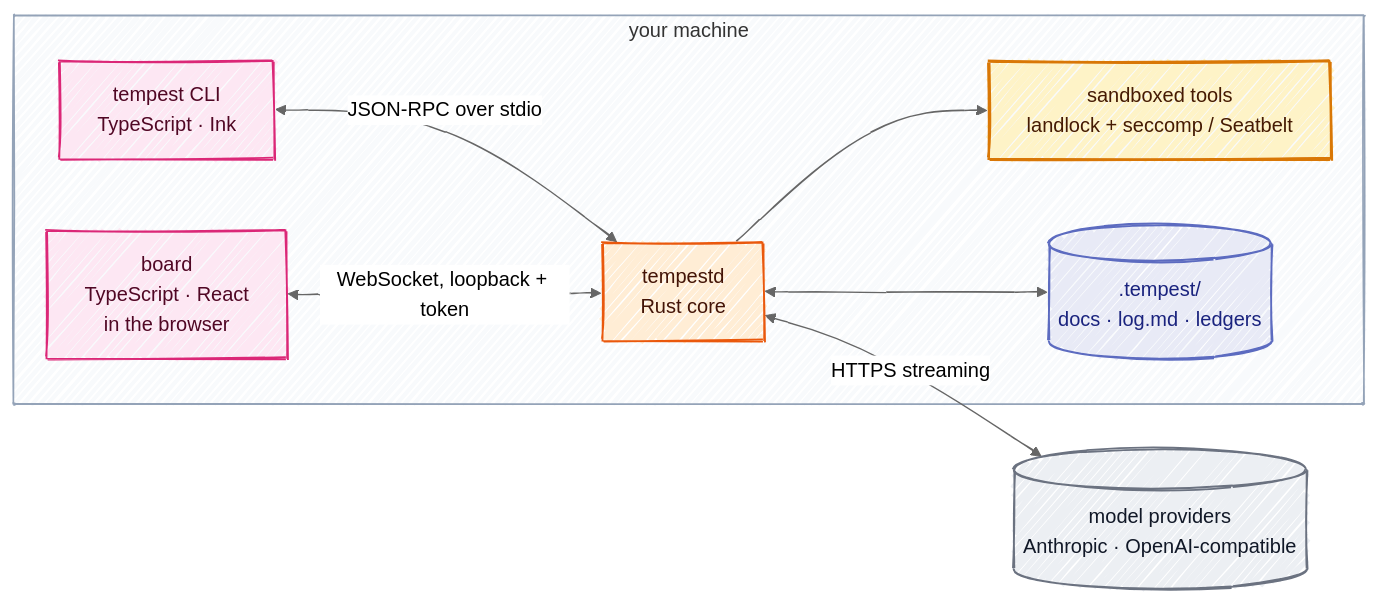
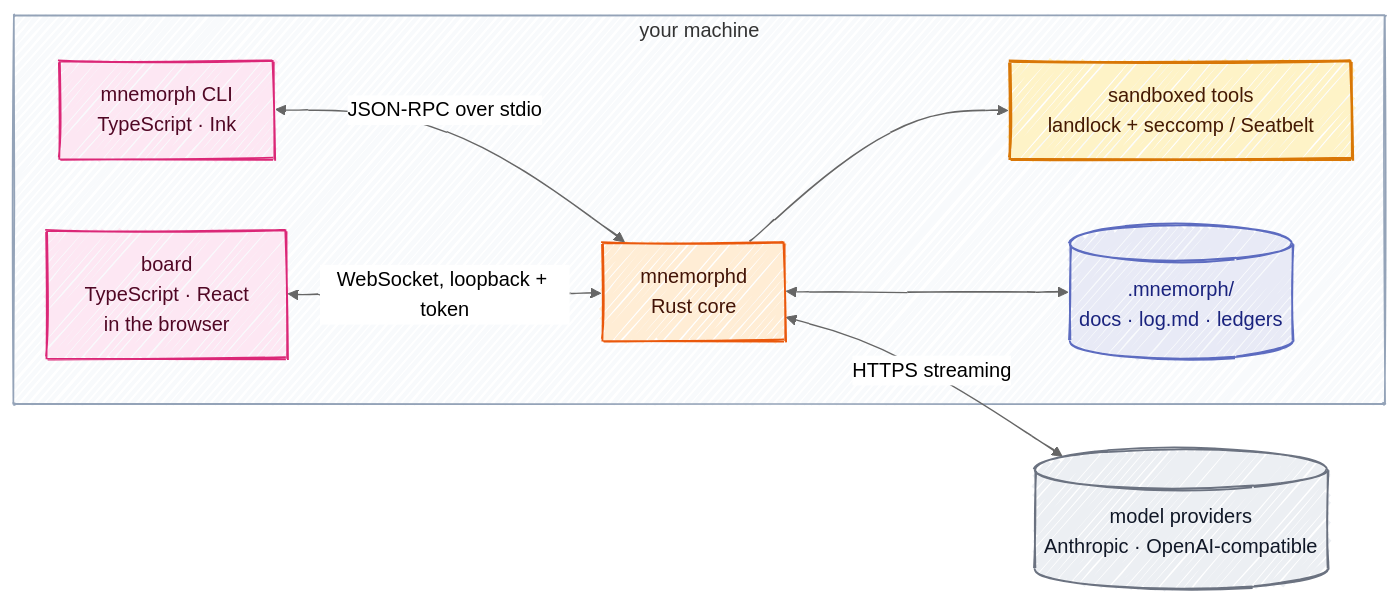
The second of 2 diagrams in docs/01-overview.md (Kaginari/mnemorph), drawn with Mermaid before and after one commit. The commit also changed other lines of this file and 195 other files, not shown here.

````diff
--- a/docs/01-overview.md
+++ b/docs/01-overview.md
@@ -85,35 +85,35 @@
 ```mermaid
 ---
 config:
   look: handDrawn
   theme: neutral
   flowchart:
     wrappingWidth: 360
 ---
 flowchart LR
     subgraph user["your machine"]
-      CLI["tempest CLI<br/>TypeScript · Ink"]
+      CLI["mnemorph CLI<br/>TypeScript · Ink"]
       BOARD["board<br/>TypeScript · React<br/>in the browser"]
-      CORE["tempestd<br/>Rust core"]
+      CORE["mnemorphd<br/>Rust core"]
       SB["sandboxed tools<br/>landlock + seccomp / Seatbelt"]
-      W[(".tempest/<br/>docs · log.md · ledgers")]
+      W[(".mnemorph/<br/>docs · log.md · ledgers")]
     end
     LLM[("model providers<br/>Anthropic · OpenAI-compatible")]
 
     CLI <-->|JSON-RPC over stdio| CORE
     BOARD <-->|WebSocket, loopback + token| CORE
     CORE --> SB
     CORE <--> W
     CORE <-->|HTTPS streaming| LLM
     classDef ts fill:#fde7f3,stroke:#db2777,stroke-width:1.5px,color:#500724
     class CLI,BOARD ts
     classDef rs fill:#ffedd5,stroke:#ea580c,stroke-width:1.5px,color:#431407
     class CORE rs
     classDef gate fill:#fef3c7,stroke:#d97706,stroke-width:2px,color:#451a03
     class SB gate
     classDef store fill:#e8eaf6,stroke:#5c6bc0,stroke-width:1.5px,color:#1a237e
     class W store
     classDef outside fill:#eceff3,stroke:#6b7280,stroke-width:1.5px,color:#111827
     class LLM outside
     style user fill:#f8fafc,stroke:#94a3b8
 ```
````
